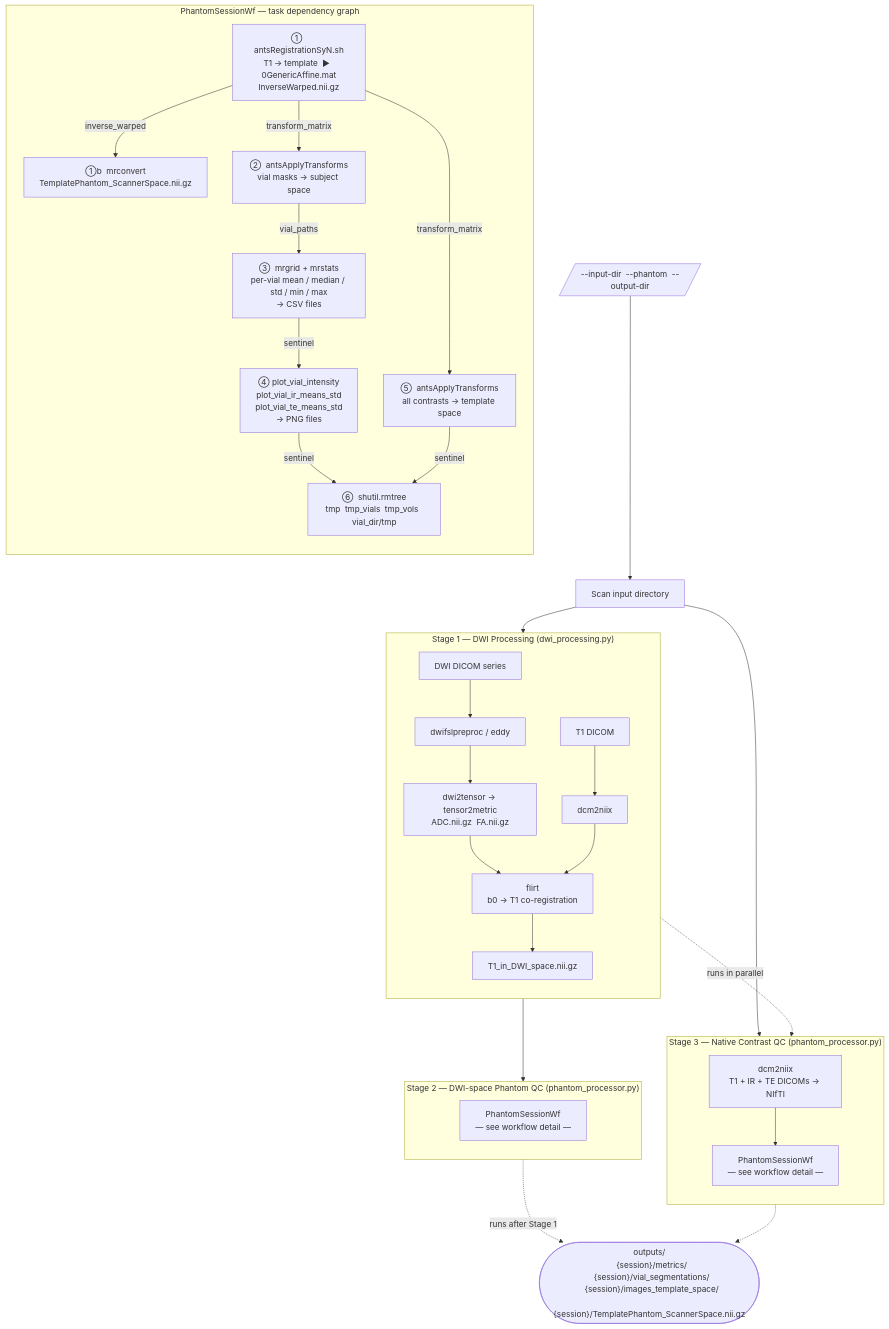
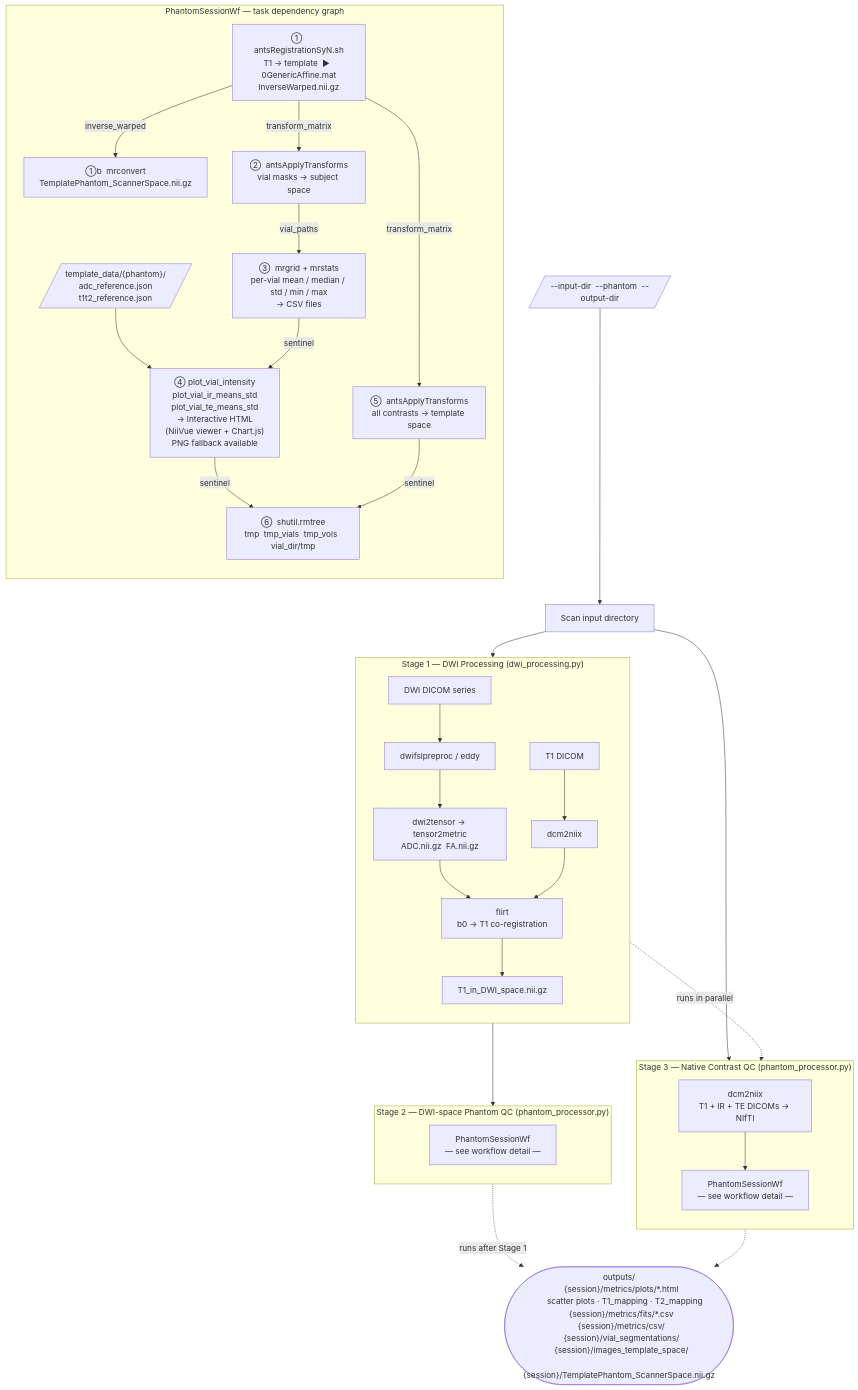
The diagram in phantomkit/flowchart.md (Australian-Imaging-Service/phantomkit), drawn with Mermaid before and after one commit. The commit also changed 14 other files, not shown here.

````diff
--- a/phantomkit/flowchart.md
+++ b/phantomkit/flowchart.md
@@ -1,52 +1,54 @@
 ```mermaid
 flowchart TD
     INPUT[/"--input-dir  --phantom  --output-dir"/]
 
     INPUT --> SCAN[Scan input directory]
     SCAN --> S1
     SCAN --> S3
 
     subgraph S1["Stage 1 — DWI Processing (dwi_processing.py)"]
         direction TB
         DWI_IN[DWI DICOM series] --> PREPROC[dwifslpreproc / eddy]
         T1_IN[T1 DICOM] --> DCM2NIIX1[dcm2niix]
-        PREPROC --> TENSOR[dwi2tensor → tensor2metric\nADC.nii.gz  FA.nii.gz]
-        TENSOR --> FLIRT[flirt\nb0 → T1 co-registration]
+        PREPROC --> TENSOR["dwi2tensor → tensor2metric<br/>ADC.nii.gz  FA.nii.gz"]
+        TENSOR --> FLIRT["flirt<br/>b0 → T1 co-registration"]
         DCM2NIIX1 --> FLIRT
         FLIRT --> T1DWI[T1_in_DWI_space.nii.gz]
     end
 
     subgraph S3["Stage 3 — Native Contrast QC (phantom_processor.py)"]
         direction TB
-        DCM2NIIX3[dcm2niix\nT1 + IR + TE DICOMs → NIfTI]
-        DCM2NIIX3 --> WF3[PhantomSessionWf\n— see workflow detail —]
+        DCM2NIIX3["dcm2niix<br/>T1 + IR + TE DICOMs → NIfTI"]
+        DCM2NIIX3 --> WF3["PhantomSessionWf<br/>— see workflow detail —"]
     end
 
     T1DWI --> S2
 
     subgraph S2["Stage 2 — DWI-space Phantom QC (phantom_processor.py)"]
         direction TB
-        WF2[PhantomSessionWf\n— see workflow detail —]
+        WF2["PhantomSessionWf<br/>— see workflow detail —"]
     end
 
     subgraph WF["PhantomSessionWf — task dependency graph"]
         direction TB
-        REG["①  antsRegistrationSyN.sh\nT1 → template  ►  0GenericAffine.mat\nInverseWarped.nii.gz"]
+        REG["①  antsRegistrationSyN.sh<br/>T1 → template  ►  0GenericAffine.mat<br/>InverseWarped.nii.gz"]
 
-        REG -->|inverse_warped| SAVE["①b  mrconvert\nTemplatePhantom_ScannerSpace.nii.gz"]
-        REG -->|transform_matrix| VIALS["②  antsApplyTransforms\nvial masks → subject space"]
-        REG -->|transform_matrix| FWDXFM["⑤  antsApplyTransforms\nall contrasts → template space"]
+        REG -->|inverse_warped| SAVE["①b  mrconvert<br/>TemplatePhantom_ScannerSpace.nii.gz"]
+        REG -->|transform_matrix| VIALS["②  antsApplyTransforms<br/>vial masks → subject space"]
+        REG -->|transform_matrix| FWDXFM["⑤  antsApplyTransforms<br/>all contrasts → template space"]
 
-        VIALS -->|vial_paths| METRICS["③  mrgrid + mrstats\nper-vial mean / median / std / min / max\n→ CSV files"]
-        METRICS -->|sentinel| PLOTS["④  plot_vial_intensity\nplot_vial_ir_means_std\nplot_vial_te_means_std\n→ PNG files"]
+        VIALS -->|vial_paths| METRICS["③  mrgrid + mrstats<br/>per-vial mean / median / std / min / max<br/>→ CSV files"]
+        REFDATA[/"template_data/{phantom}/<br/>adc_reference.json<br/>t1t2_reference.json"/]
+        REFDATA --> PLOTS
+        METRICS -->|sentinel| PLOTS["④  plot_vial_intensity<br/>plot_vial_ir_means_std<br/>plot_vial_te_means_std<br/>→ Interactive HTML<br/>   (NiiVue viewer + Chart.js)<br/>   PNG fallback available"]
 
-        PLOTS -->|sentinel| CLEANUP["⑥  shutil.rmtree\ntmp  tmp_vials  tmp_vols  vial_dir/tmp"]
+        PLOTS -->|sentinel| CLEANUP["⑥  shutil.rmtree<br/>tmp  tmp_vials  tmp_vols  vial_dir/tmp"]
         FWDXFM -->|sentinel| CLEANUP
     end
 
     S1 -.->|"runs in parallel"| S3
     S2 -.->|"runs after Stage 1"| DONE
     S3 -.-> DONE
 
-    DONE(["outputs/\n  {session}/metrics/\n  {session}/vial_segmentations/\n  {session}/images_template_space/\n  {session}/TemplatePhantom_ScannerSpace.nii.gz"])
+    DONE(["outputs/<br/>  {session}/metrics/plots/*.html<br/>     scatter plots · T1_mapping · T2_mapping<br/>  {session}/metrics/fits/*.csv<br/>  {session}/metrics/csv/<br/>  {session}/vial_segmentations/<br/>  {session}/images_template_space/<br/>  {session}/TemplatePhantom_ScannerSpace.nii.gz"])
 ```
````
